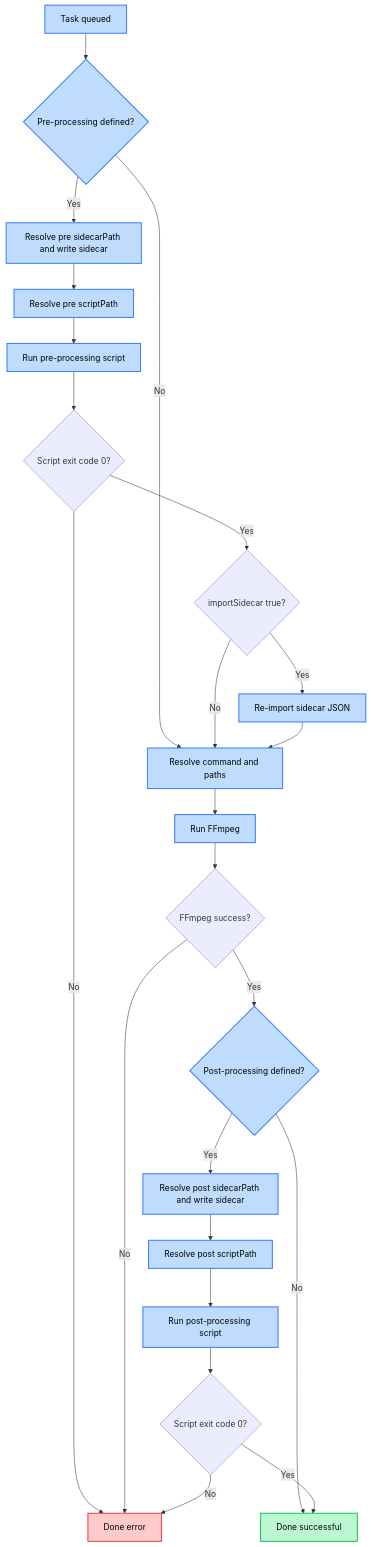
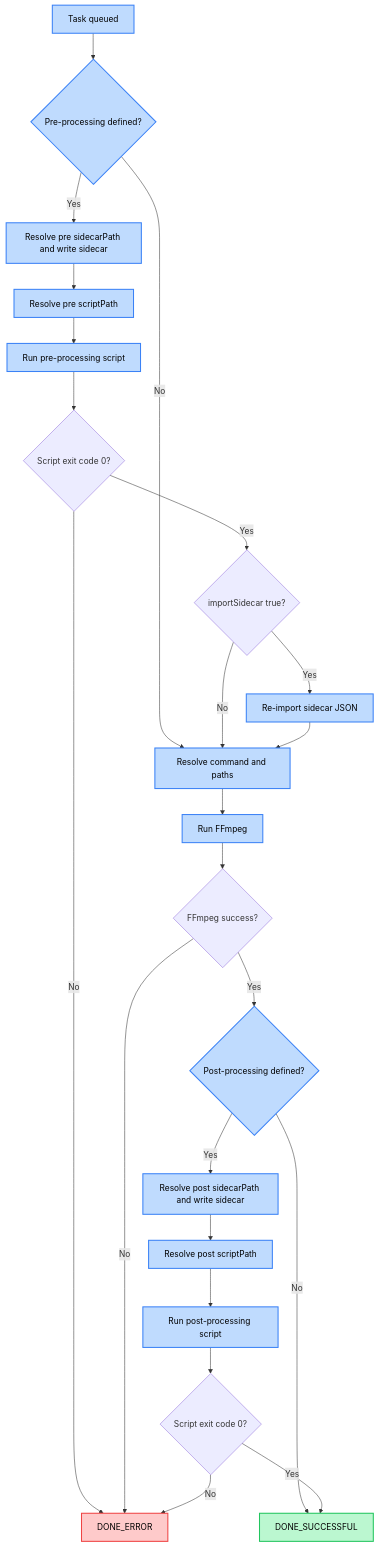
Before and after one commit to welovemedia/ffmate-docs: the diagram in docs/pre-post-prcessing.md, drawn with Mermaid. The commit also changed other lines of this file and 1 other file, not shown here.

Commit message:
docs(webhooks, pre-post-processing): style-guide audit, pass 2

````diff
--- a/docs/pre-post-prcessing.md
+++ b/docs/pre-post-prcessing.md
@@ -141,33 +141,33 @@
 ```mermaid
 flowchart TD
     A[Task queued] --> B{Pre-processing defined?}
     B -- No --> E[Resolve command and paths] --> F[Run FFmpeg]
     B -- Yes --> C[Resolve pre sidecarPath and write sidecar]
     C --> D[Resolve pre scriptPath]
     D --> P[Run pre-processing script]
     P --> POK{Script exit code 0?}
-    POK -- No --> X[Done error]
+    POK -- No --> X[DONE_ERROR]
     POK -- Yes --> I{importSidecar true?}
     I -- Yes --> R[Re-import sidecar JSON]
     I -- No --> E
     R --> E
 
     F --> FOK{FFmpeg success?}
     FOK -- No --> X
     FOK -- Yes --> G{Post-processing defined?}
-    G -- No --> S[Done successful]
+    G -- No --> S[DONE_SUCCESSFUL]
     G -- Yes --> H[Resolve post sidecarPath and write sidecar]
     H --> J[Resolve post scriptPath]
     J --> Q[Run post-processing script]
     Q --> QOK{Script exit code 0?}
     QOK -- No --> X
     QOK -- Yes --> S
 
     classDef success fill:#bbf7d0,stroke:#22c55e,stroke-width:2px,color:#000
     classDef error fill:#fecaca,stroke:#ef4444,stroke-width:2px,color:#000
     classDef step fill:#bfdbfe,stroke:#3b82f6,stroke-width:2px,color:#000
 
     class A,B,C,D,E,F,G,H,J,P,Q,R step
     class S success
     class X error
 ```
````
